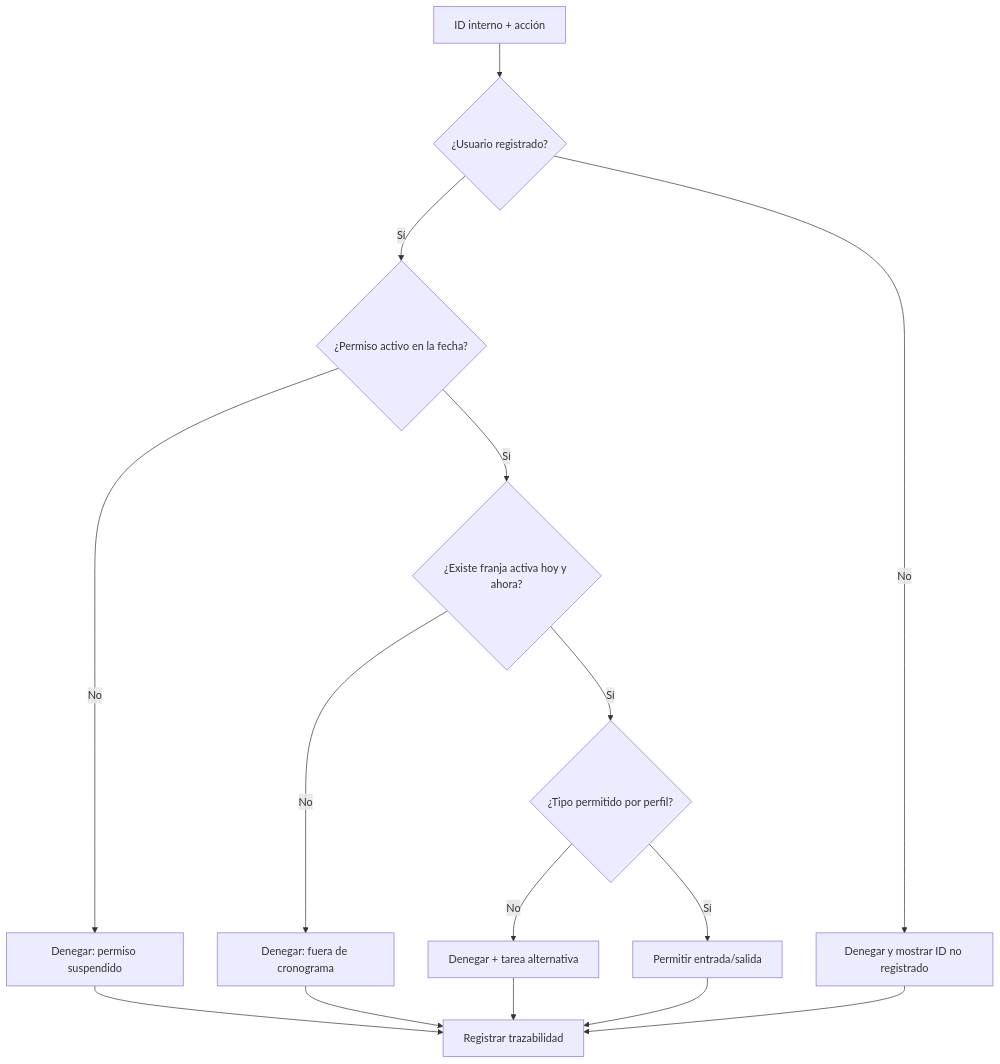
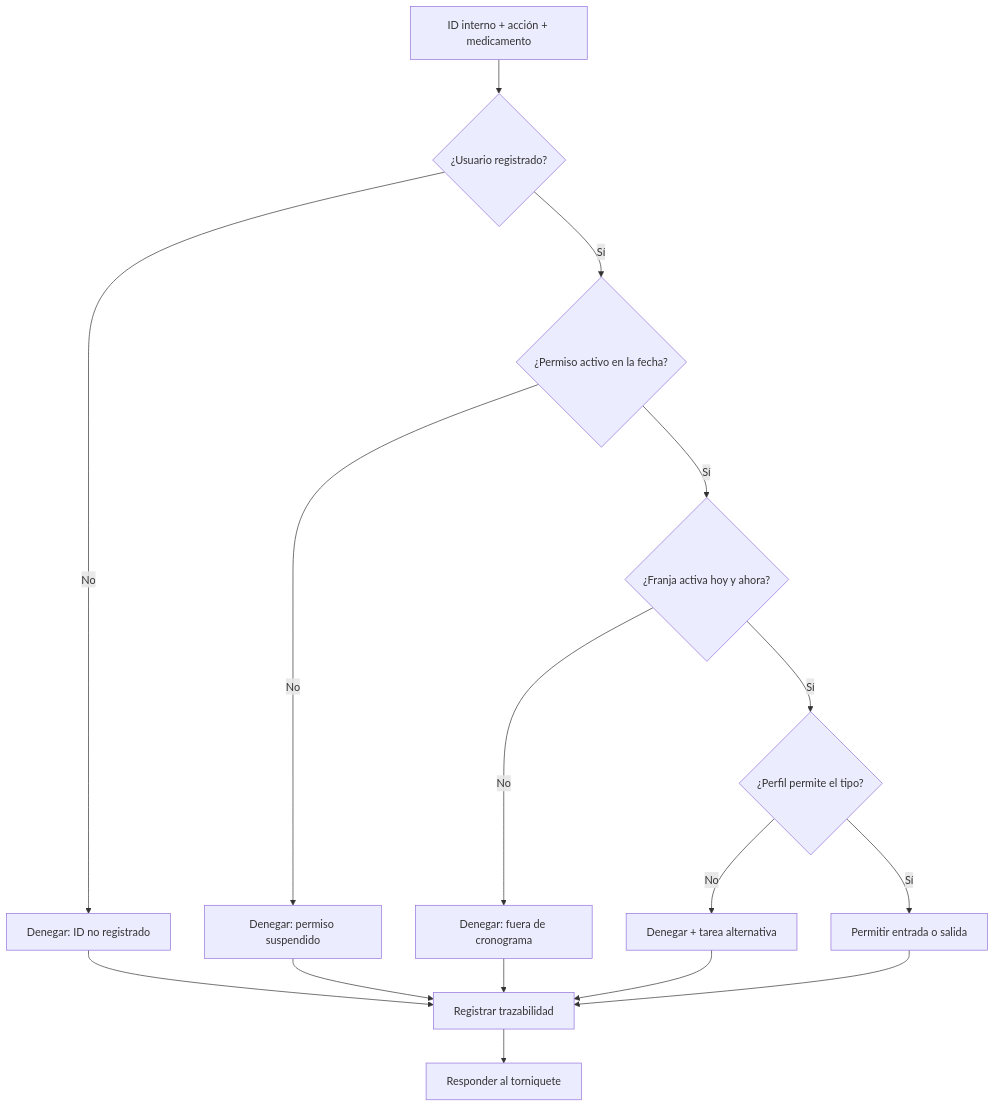
One commit to Danna2829/Room_911 changed the first of 2 diagrams in docs/uml.md. Above: the diagram before and after it, drawn with Mermaid. The commit also changed other lines of this file and 7 other files, not shown here.

````diff
--- a/docs/uml.md
+++ b/docs/uml.md
@@ -39,17 +24,18 @@
 ```mermaid
 flowchart TD
- A[ID interno + acción] --> B{¿Usuario registrado?}
- B -- No --> Z[Denegar y mostrar ID no registrado]
+ A[ID interno + acción + medicamento] --> B{¿Usuario registrado?}
+ B -- No --> Z[Denegar: ID no registrado]
  B -- Sí --> C{¿Permiso activo en la fecha?}
  C -- No --> D[Denegar: permiso suspendido]
- C -- Sí --> E{¿Existe franja activa hoy y ahora?}
+ C -- Sí --> E{¿Franja activa hoy y ahora?}
  E -- No --> F[Denegar: fuera de cronograma]
- E -- Sí --> G{¿Tipo permitido por perfil?}
+ E -- Sí --> G{¿Perfil permite el tipo?}
  G -- No --> H[Denegar + tarea alternativa]
- G -- Sí --> I[Permitir entrada/salida]
- D --> J[Registrar trazabilidad]
+ G -- Sí --> I[Permitir entrada o salida]
+ Z --> J[Registrar trazabilidad]
+ D --> J
  F --> J
  H --> J
  I --> J
- Z --> J
+ J --> K[Responder al torniquete]
 ```
````
